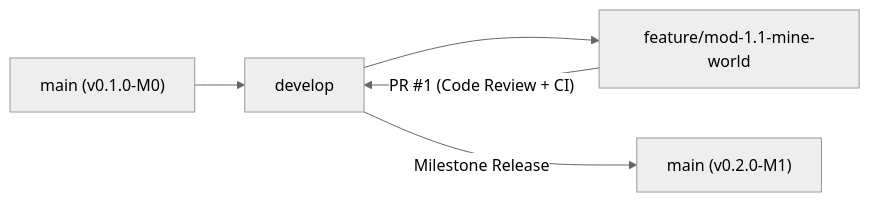
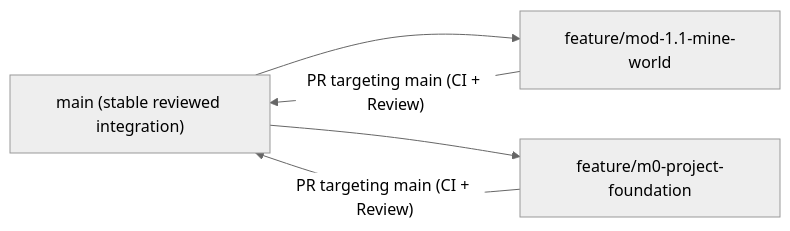
The diagram in CONTRIBUTING.md (Sairam080424/decentralized_multi_robot_mine_inspection), drawn with Mermaid (neutral theme) before and after one commit. The commit also changed other lines of this file and 31 other files, not shown here.

First line of the commit message:
fix(m0-foundation): address PR #1 review comments and consolidate architecture

````diff
--- a/CONTRIBUTING.md
+++ b/CONTRIBUTING.md
@@ -30,7 +35,7 @@
 ```mermaid
 flowchart LR
-    A["main (v0.1.0-M0)"] --> B["develop"]
-    B --> C["feature/mod-1.1-mine-world"]
-    C -- "PR #1 (Code Review + CI)" --> B
-    B -- "Milestone Release" --> D["main (v0.2.0-M1)"]
+    A["main (stable reviewed integration)"] --> B["feature/mod-1.1-mine-world"]
+    A --> C["feature/m0-project-foundation"]
+    B -- "PR targeting main (CI + Review)" --> A
+    C -- "PR targeting main (CI + Review)" --> A
 ```
````
